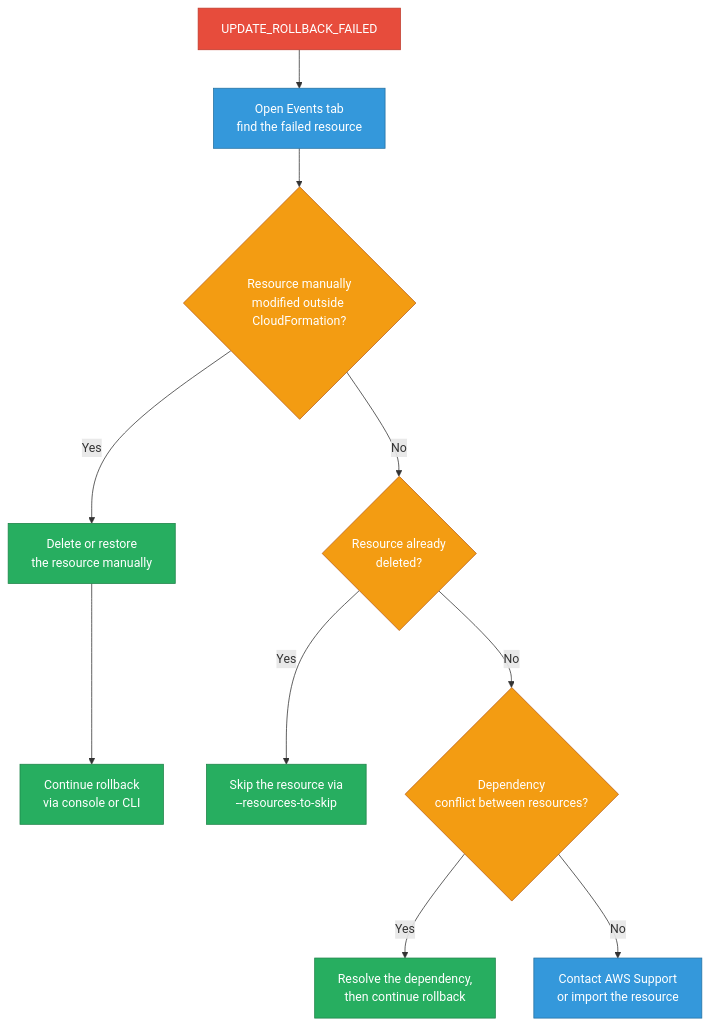
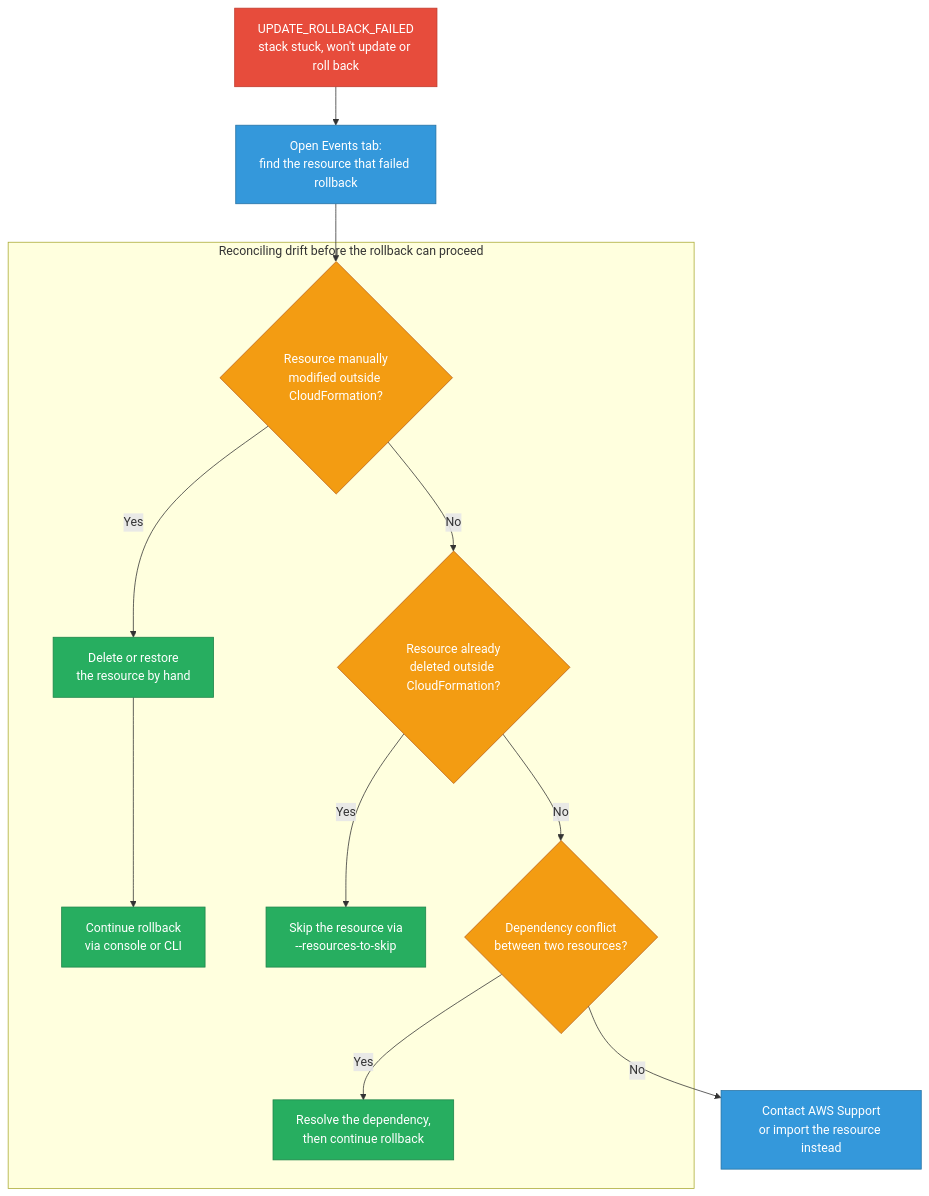
One commit to deepanshu-rawat6/DevOpsIndex changed the seventh of 10 diagrams in sre/aws-scenarios.md. Above: the diagram before and after it, drawn with Mermaid. The commit also changed other lines of this file and 7 other files, not shown here.

````diff
--- a/sre/aws-scenarios.md
+++ b/sre/aws-scenarios.md
@@ -521,17 +521,21 @@
 ```mermaid
 flowchart TD
     classDef err fill:#e74c3c,stroke:#c0392b,color:#fff
     classDef decision fill:#f39c12,stroke:#ba6018,color:#fff
     classDef fix fill:#27ae60,stroke:#1e8449,color:#fff
     classDef verify fill:#3498db,stroke:#2471a3,color:#fff
 
-    A[UPDATE_ROLLBACK_FAILED]:::err --> B[Open Events tab<br/>find the failed resource]:::verify
+    A[UPDATE_ROLLBACK_FAILED<br/>stack stuck, won't update or roll back]:::err --> B[Open Events tab:<br/>find the resource that failed rollback]:::verify
     B --> C{Resource manually<br/>modified outside CloudFormation?}:::decision
-    C -- Yes --> D[Delete or restore<br/>the resource manually]:::fix
-    D --> E[Continue rollback<br/>via console or CLI]:::fix
-    C -- No --> F{Resource already<br/>deleted?}:::decision
-    F -- Yes --> G[Skip the resource via<br/>--resources-to-skip]:::fix
-    F -- No --> H{Dependency<br/>conflict between resources?}:::decision
-    H -- Yes --> H1[Resolve the dependency,<br/>then continue rollback]:::fix
-    H -- No --> I[Contact AWS Support<br/>or import the resource]:::verify
+
+    subgraph RECONCILE["Reconciling drift before the rollback can proceed"]
+        C -- Yes --> D[Delete or restore<br/>the resource by hand]:::fix
+        D --> E[Continue rollback<br/>via console or CLI]:::fix
+        C -- No --> F{Resource already<br/>deleted outside CloudFormation?}:::decision
+        F -- Yes --> G[Skip the resource via<br/>--resources-to-skip]:::fix
+        F -- No --> H{Dependency conflict<br/>between two resources?}:::decision
+        H -- Yes --> H1[Resolve the dependency,<br/>then continue rollback]:::fix
+    end
+
+    H -- No --> I[Contact AWS Support<br/>or import the resource instead]:::verify
 ```
````
